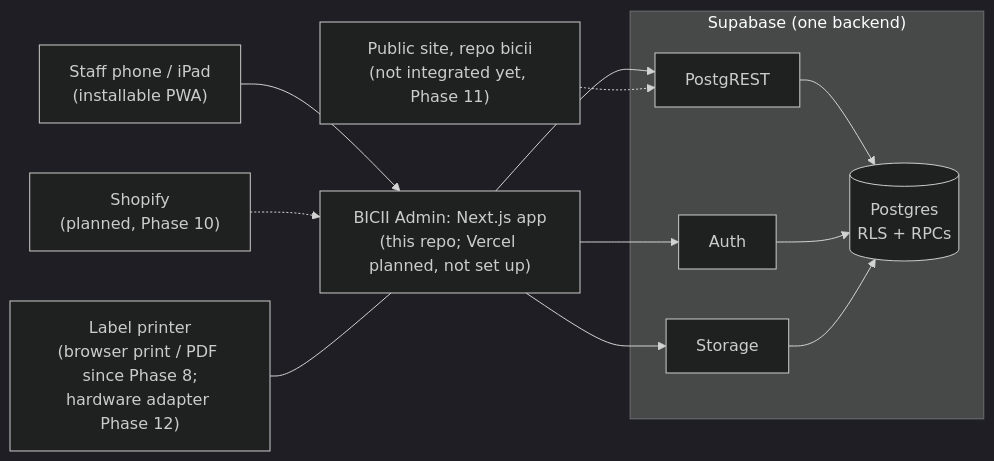
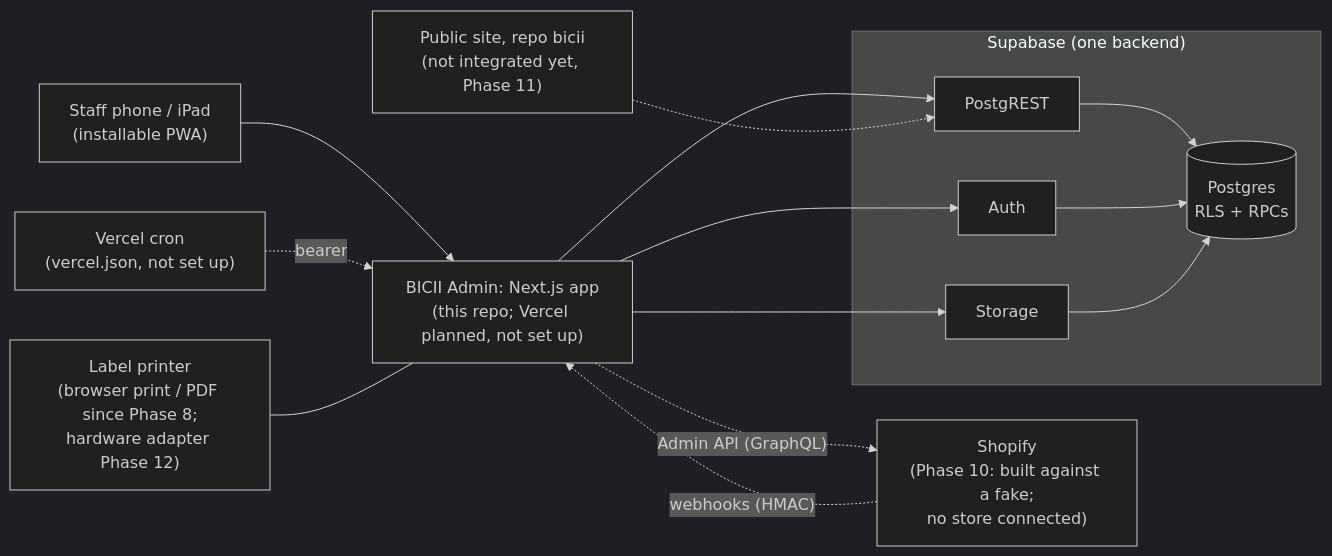
Before and after one commit to abhishekcheriangeorge-ops/bicii-book: the diagram in docs/ARCHITECTURE.md, drawn with Mermaid (dark theme). The commit also changed other lines of this file and 20 other files, not shown here.

````diff
--- a/docs/ARCHITECTURE.md
+++ b/docs/ARCHITECTURE.md
@@ -14,19 +14,21 @@
 ```mermaid
 flowchart LR
   staff["Staff phone / iPad<br/>(installable PWA)"] --> app["BICII Admin: Next.js app<br/>(this repo; Vercel planned, not set up)"]
   app --> auth
   app --> rest
   app --> storage
   subgraph supabase["Supabase (one backend)"]
     auth["Auth"]
     rest["PostgREST"]
     storage["Storage"]
     db[("Postgres<br/>RLS + RPCs")]
     rest --> db
     auth --> db
     storage --> db
   end
   public["Public site, repo bicii<br/>(not integrated yet, Phase 11)"] -.-> rest
-  shopify["Shopify<br/>(planned, Phase 10)"] -.-> app
+  shopify["Shopify<br/>(Phase 10: built against a fake;<br/>no store connected)"] -. "webhooks (HMAC)" .-> app
+  app -. "Admin API (GraphQL)" .-> shopify
+  cron["Vercel cron<br/>(vercel.json, not set up)"] -. "bearer" .-> app
   printer["Label printer<br/>(browser print / PDF since Phase 8;<br/>hardware adapter Phase 12)"] --- app
 ```
````
